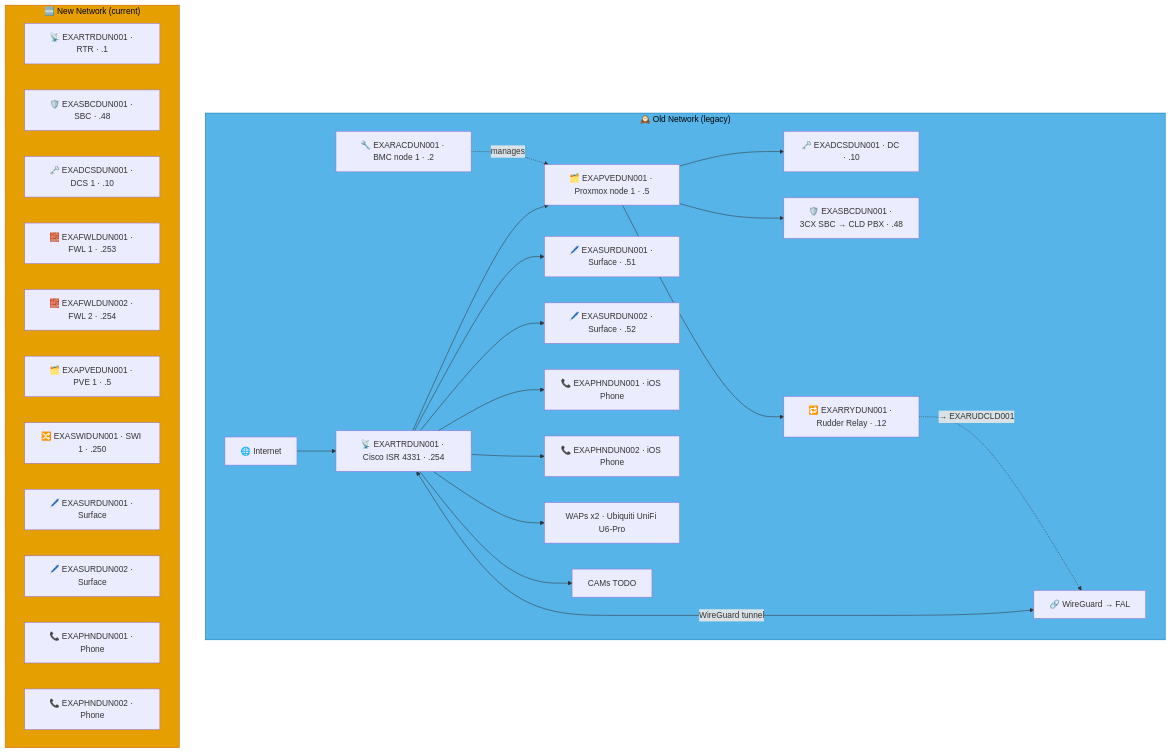
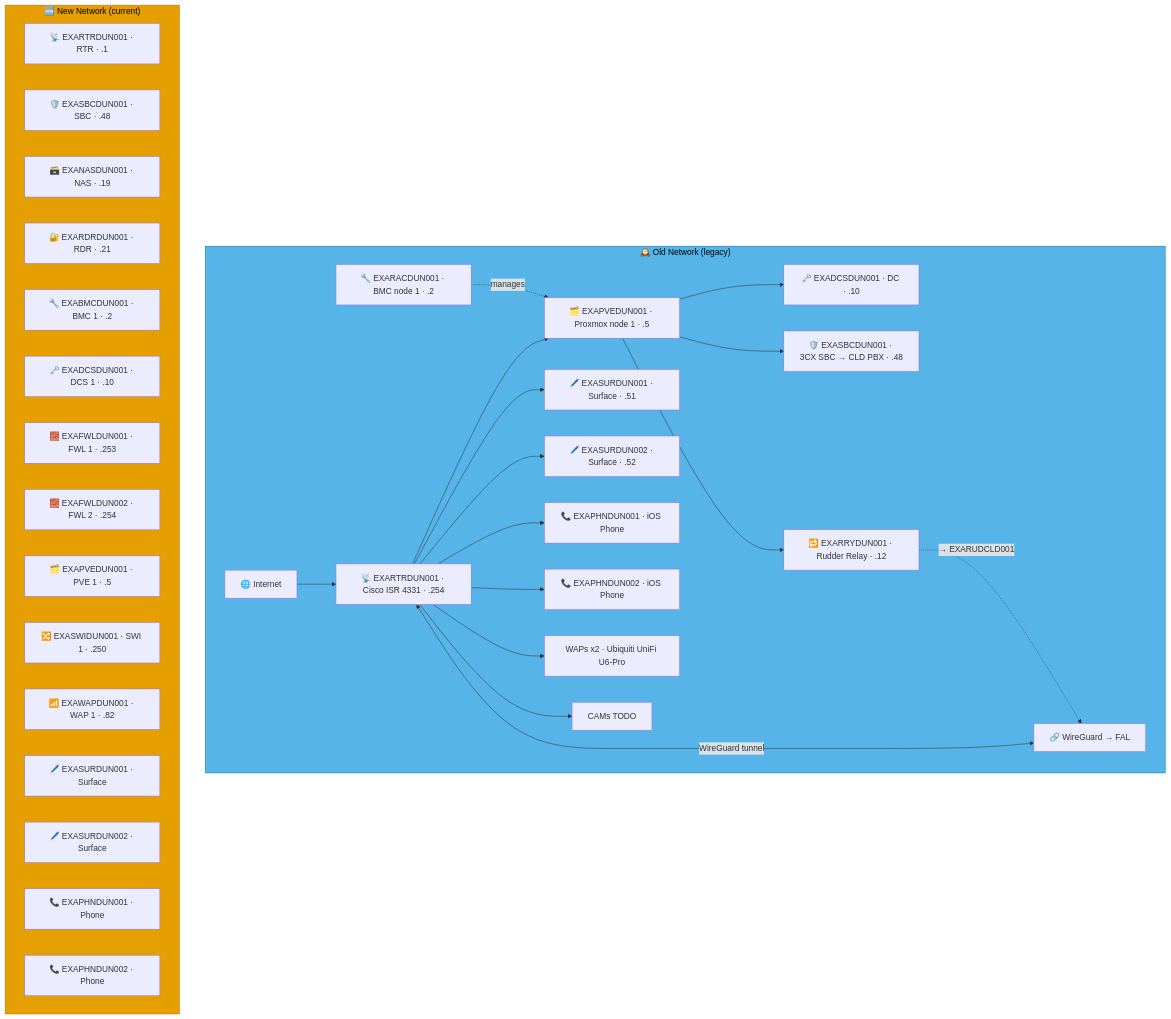
One commit to knightmare2600/example_music_infra changed the fifth of 7 diagrams in docs/network-diagram/scotland.md. Above: the diagram before and after it, drawn with Mermaid. The commit also changed other lines of this file and 15 other files, not shown here.

````diff
--- a/docs/network-diagram/scotland.md
+++ b/docs/network-diagram/scotland.md
@@ -346,45 +360,49 @@
 ```mermaid
 graph TD
     subgraph OLD_DUN ["🕰️ Old Network (legacy)"]
       INET["🌐 Internet"]
       RTR["📡 EXARTRDUN001 · Cisco ISR 4331 · .254"]
       RAC["🔧 EXARACDUN001 · BMC node 1 · .2"]
       PVE["🗂️ EXAPVEDUN001 · Proxmox node 1 · .5"]
       DC["🗝️ EXADCSDUN001 · DC · .10"]
       SBC["🛡️ EXASBCDUN001 · 3CX SBC → CLD PBX · .48"]
       RRY["🔁 EXARRYDUN001 · Rudder Relay · .12"]
       SUR1["🖊️ EXASURDUN001 · Surface · .51"]
       SUR2["🖊️ EXASURDUN002 · Surface · .52"]
       PHN1["📞 EXAPHNDUN001 · iOS Phone"]
       PHN2["📞 EXAPHNDUN002 · iOS Phone"]
       WAP["WAPs x2 · Ubiquiti UniFi U6-Pro"]
       CAM["CAMs TODO"]
       VPN["🔗 WireGuard → FAL"]
 
       INET --> RTR --> PVE
       PVE --> DC & SBC
       RAC -.->|"manages"| PVE
       RTR --> SUR1 & SUR2 & PHN1 & PHN2 & WAP & CAM
       RTR <-->|"WireGuard tunnel"| VPN
 
       PVE --> RRY
       RRY -. "→ EXARUDCLD001" .-> VPN
     end
     style OLD_DUN fill:#56B4E9,stroke:#0072B2,color:#000000
     %% GENERATED:NEW-NETWORK:DUN:START
     subgraph NEW_DUN ["🆕 New Network (current)"]
       N_RTR["📡 EXARTRDUN001 · RTR · .1"]
       N_SBC["🛡️ EXASBCDUN001 · SBC · .48"]
+      N_NAS["🗃️ EXANASDUN001 · NAS · .19"]
+      N_RDR["🔐 EXARDRDUN001 · RDR · .21"]
+      N_BMC["🔧 EXABMCDUN001 · BMC 1 · .2"]
       N_DCS["🗝️ EXADCSDUN001 · DCS 1 · .10"]
       N_FWL["🧱 EXAFWLDUN001 · FWL 1 · .253"]
       N_FWL2["🧱 EXAFWLDUN002 · FWL 2 · .254"]
       N_PVE["🗂️ EXAPVEDUN001 · PVE 1 · .5"]
       N_SWI["🔀 EXASWIDUN001 · SWI 1 · .250"]
+      N_WAP["📶 EXAWAPDUN001 · WAP 1 · .82"]
       N_SUR["🖊️ EXASURDUN001 · Surface"]
       N_SUR2["🖊️ EXASURDUN002 · Surface"]
       N_PHN["📞 EXAPHNDUN001 · Phone"]
       N_PHN2["📞 EXAPHNDUN002 · Phone"]
     end
     style NEW_DUN fill:#E69F00,stroke:#D55E00,color:#000000
     %% GENERATED:NEW-NETWORK:DUN:END
 ```
````
